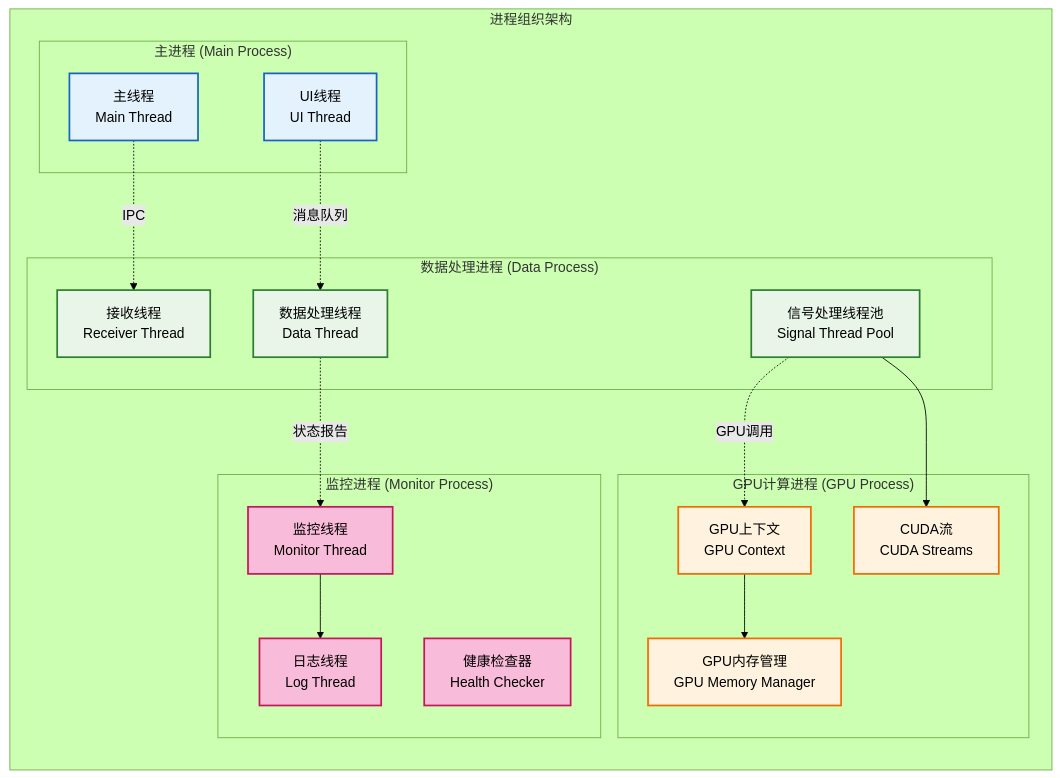
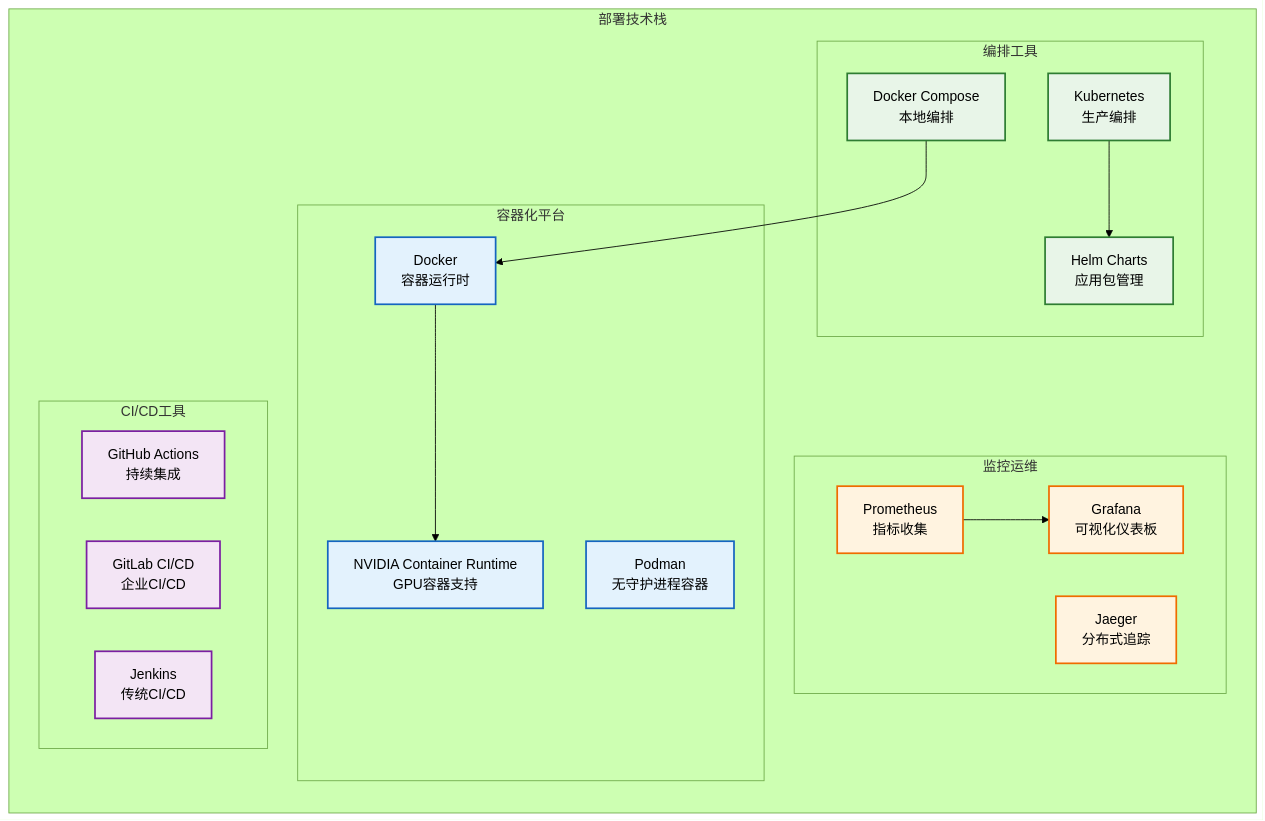
Before and after one commit to wendizhou99-cell/Radar: diagram 20 of 26 in docs/01_项目设计/01_项目设计/03_系统架构总览.md, drawn with Mermaid (forest theme). The commit also changed other lines of this file and 27 other files, not shown here.

````diff
--- a/docs/01_项目设计/01_项目设计/03_系统架构总览.md
+++ b/docs/01_项目设计/01_项目设计/03_系统架构总览.md
@@ -603,50 +1255,46 @@
 ```mermaid
 graph TB
-    subgraph "进程组织架构"
+    subgraph "部署技术栈"
         direction TB
 
-        subgraph "主进程 (Main Process)"
-            MAIN_THREAD[主线程<br/>Main Thread]
-            UI_THREAD[UI线程<br/>UI Thread]
+        subgraph "容器化平台"
+            DOCKER[Docker<br/>容器运行时]
+            PODMAN[Podman<br/>无守护进程容器]
+            NVIDIA_RUNTIME[NVIDIA Container Runtime<br/>GPU容器支持]
         end
 
-        subgraph "数据处理进程 (Data Process)"
-            RECEIVER_THREAD[接收线程<br/>Receiver Thread]
-            SIGNAL_THREAD_POOL[信号处理线程池<br/>Signal Thread Pool]
-            DATA_THREAD[数据处理线程<br/>Data Thread]
+        subgraph "编排工具"
+            DOCKER_COMPOSE[Docker Compose<br/>本地编排]
+            KUBERNETES[Kubernetes<br/>生产编排]
+            HELM[Helm Charts<br/>应用包管理]
         end
 
-        subgraph "GPU计算进程 (GPU Process)"
-            GPU_CONTEXT[GPU上下文<br/>GPU Context]
-            CUDA_STREAMS[CUDA流<br/>CUDA Streams]
-            GPU_MEMORY_MGR[GPU内存管理<br/>GPU Memory Manager]
+        subgraph "监控运维"
+            PROMETHEUS[Prometheus<br/>指标收集]
+            GRAFANA[Grafana<br/>可视化仪表板]
+            JAEGER[Jaeger<br/>分布式追踪]
         end
 
-        subgraph "监控进程 (Monitor Process)"
-            MONITOR_THREAD[监控线程<br/>Monitor Thread]
-            LOG_THREAD[日志线程<br/>Log Thread]
-            HEALTH_CHECKER[健康检查器<br/>Health Checker]
+        subgraph "CI/CD工具"
+            GITHUB_ACTIONS[GitHub Actions<br/>持续集成]
+            GITLAB_CI[GitLab CI/CD<br/>企业CI/CD]
+            JENKINS[Jenkins<br/>传统CI/CD]
         end
 
-        %% 进程间通信
-        MAIN_THREAD -.->|IPC| RECEIVER_THREAD
-        UI_THREAD -.->|消息队列| DATA_THREAD
-        SIGNAL_THREAD_POOL -.->|GPU调用| GPU_CONTEXT
-        DATA_THREAD -.->|状态报告| MONITOR_THREAD
-
-        %% 线程池内部
-        SIGNAL_THREAD_POOL --> CUDA_STREAMS
-        GPU_CONTEXT --> GPU_MEMORY_MGR
-        MONITOR_THREAD --> LOG_THREAD
+        %% 集成关系
+        DOCKER --> NVIDIA_RUNTIME
+        DOCKER_COMPOSE --> DOCKER
+        KUBERNETES --> HELM
+        PROMETHEUS --> GRAFANA
     end
 
-    classDef main fill:#e3f2fd,stroke:#1565c0,stroke-width:2px
-    classDef data fill:#e8f5e8,stroke:#2e7d32,stroke-width:2px
-    classDef gpu fill:#fff3e0,stroke:#ef6c00,stroke-width:2px
-    classDef monitor fill:#f8bbd9,stroke:#c2185b,stroke-width:2px
+    classDef container fill:#e3f2fd,stroke:#1565c0,stroke-width:2px
+    classDef orchestration fill:#e8f5e8,stroke:#2e7d32,stroke-width:2px
+    classDef monitoring fill:#fff3e0,stroke:#ef6c00,stroke-width:2px
+    classDef cicd fill:#f3e5f5,stroke:#7b1fa2,stroke-width:2px
 
-    class MAIN_THREAD,UI_THREAD main
-    class RECEIVER_THREAD,SIGNAL_THREAD_POOL,DATA_THREAD data
-    class GPU_CONTEXT,CUDA_STREAMS,GPU_MEMORY_MGR gpu
-    class MONITOR_THREAD,LOG_THREAD,HEALTH_CHECKER monitor
+    class DOCKER,PODMAN,NVIDIA_RUNTIME container
+    class DOCKER_COMPOSE,KUBERNETES,HELM orchestration
+    class PROMETHEUS,GRAFANA,JAEGER monitoring
+    class GITHUB_ACTIONS,GITLAB_CI,JENKINS cicd
 ```
````
